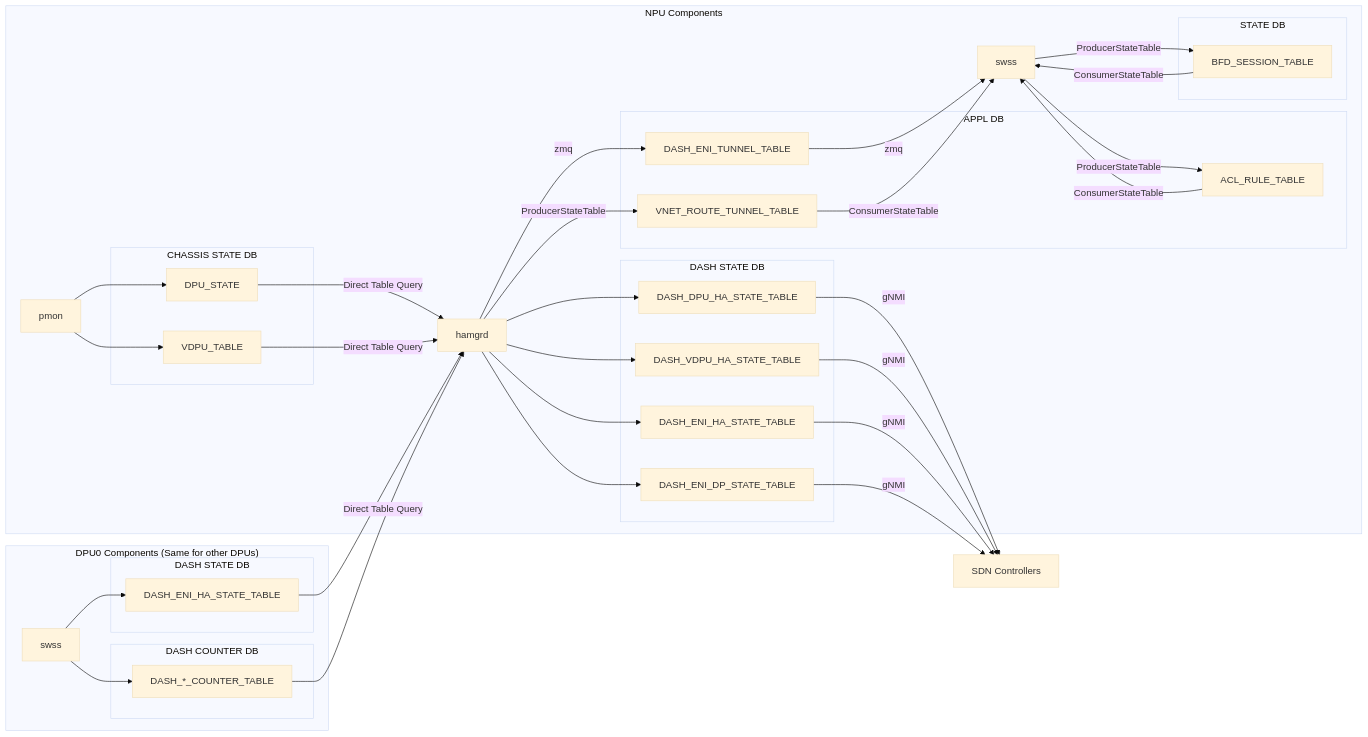
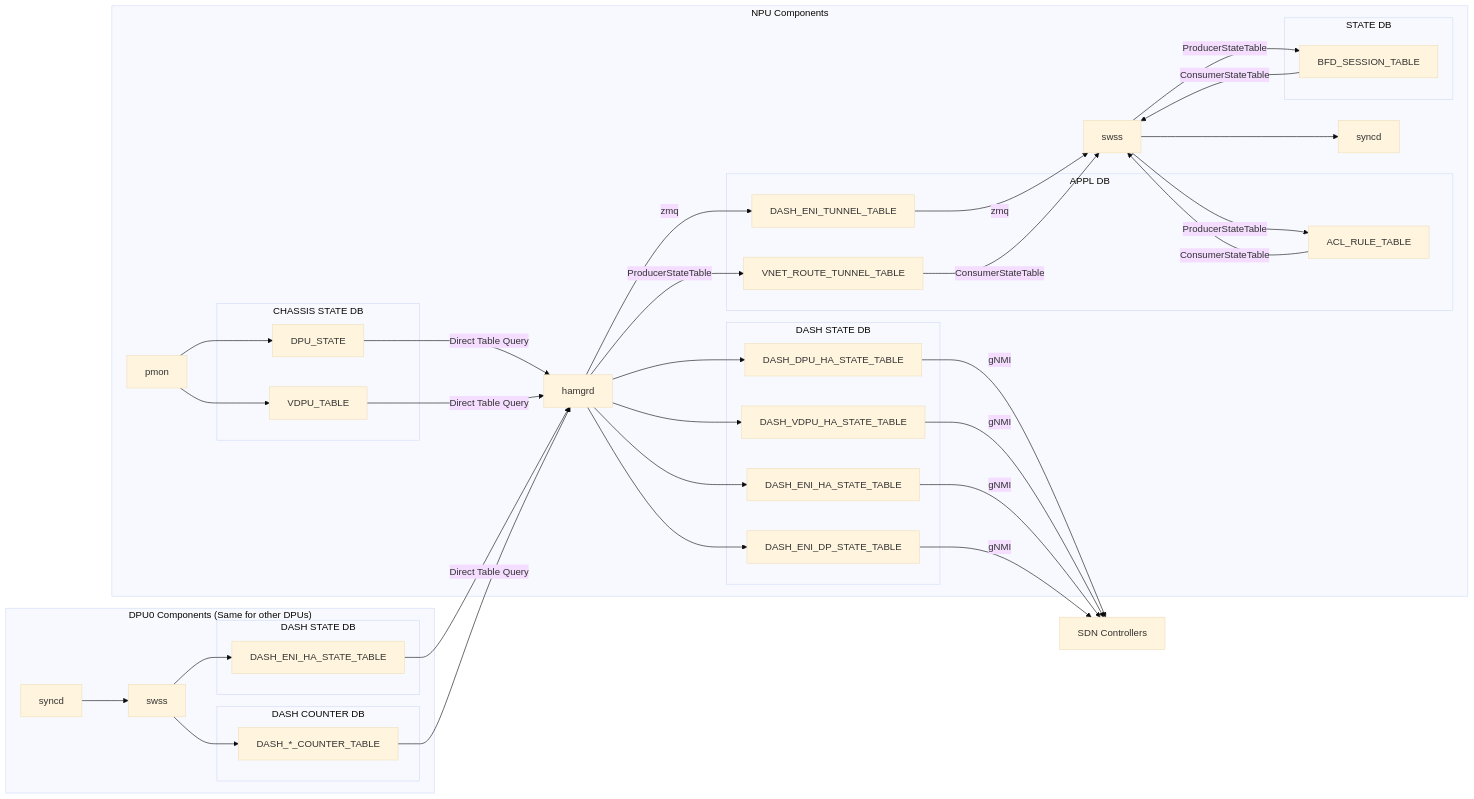
Before and after one commit to sonic-net/SONiC: the second of 2 diagrams in doc/smart-switch/high-availability/smart-switch-ha-detailed-design.md, drawn with Mermaid (base theme). The commit also changed other lines of this file, not shown here.

```diff
--- a/doc/smart-switch/high-availability/smart-switch-ha-detailed-design.md
+++ b/doc/smart-switch/high-availability/smart-switch-ha-detailed-design.md
@@ -173,6 +180,7 @@
       NPU_SWSS[swss]
       NPU_HAMGRD[hamgrd]
       NPU_PMON[pmon]
+      NPU_SYNCD[syncd]
 
       subgraph APPL DB
          NPU_ACL_RULE[ACL_RULE_TABLE]
@@ -199,6 +207,7 @@
 
    subgraph "DPU0 Components (Same for other DPUs)"
       DPU_SWSS[swss]
+      DPU_SYNCD[syncd]
 
       subgraph DASH STATE DB
          DPU_DASH_ENI_HA_STATE[DASH_ENI_HA_STATE_TABLE]
@@ -224,6 +233,7 @@
    NPU_VNET_ROUTE_TUNNEL_TABLE --> |ConsumerStateTable| NPU_SWSS
 
    %% NPU side SWSS --> NPU tables:
+   NPU_SWSS --> NPU_SYNCD
    NPU_SWSS --> |ProducerStateTable| NPU_BFD_SESSION_STATE
    NPU_SWSS --> |ProducerStateTable| NPU_ACL_RULE
 
@@ -242,6 +252,7 @@
    %% hamgrd --> DPU tables:
 
    %% DPU tables --> DPU SWSS:
+   DPU_SYNCD --> DPU_SWSS 
 
    %% DPU swss --> DPU tables:
    DPU_SWSS --> DPU_DASH_ENI_HA_STATE
```
